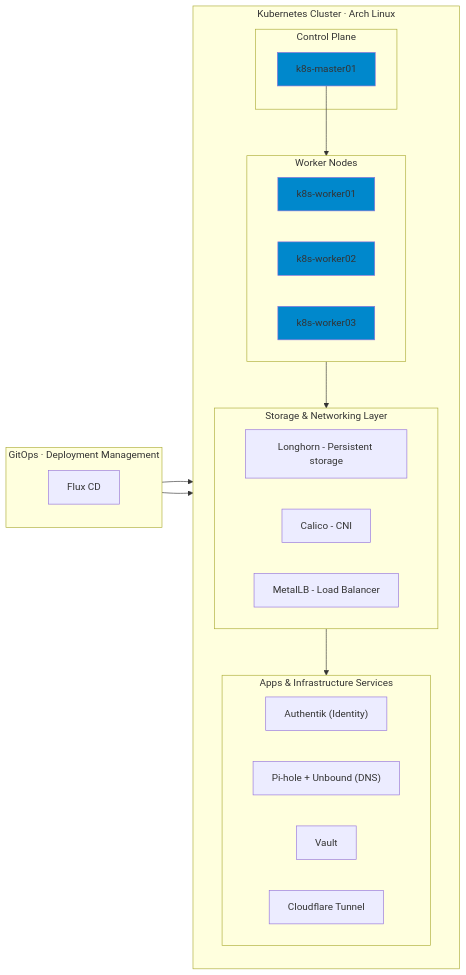
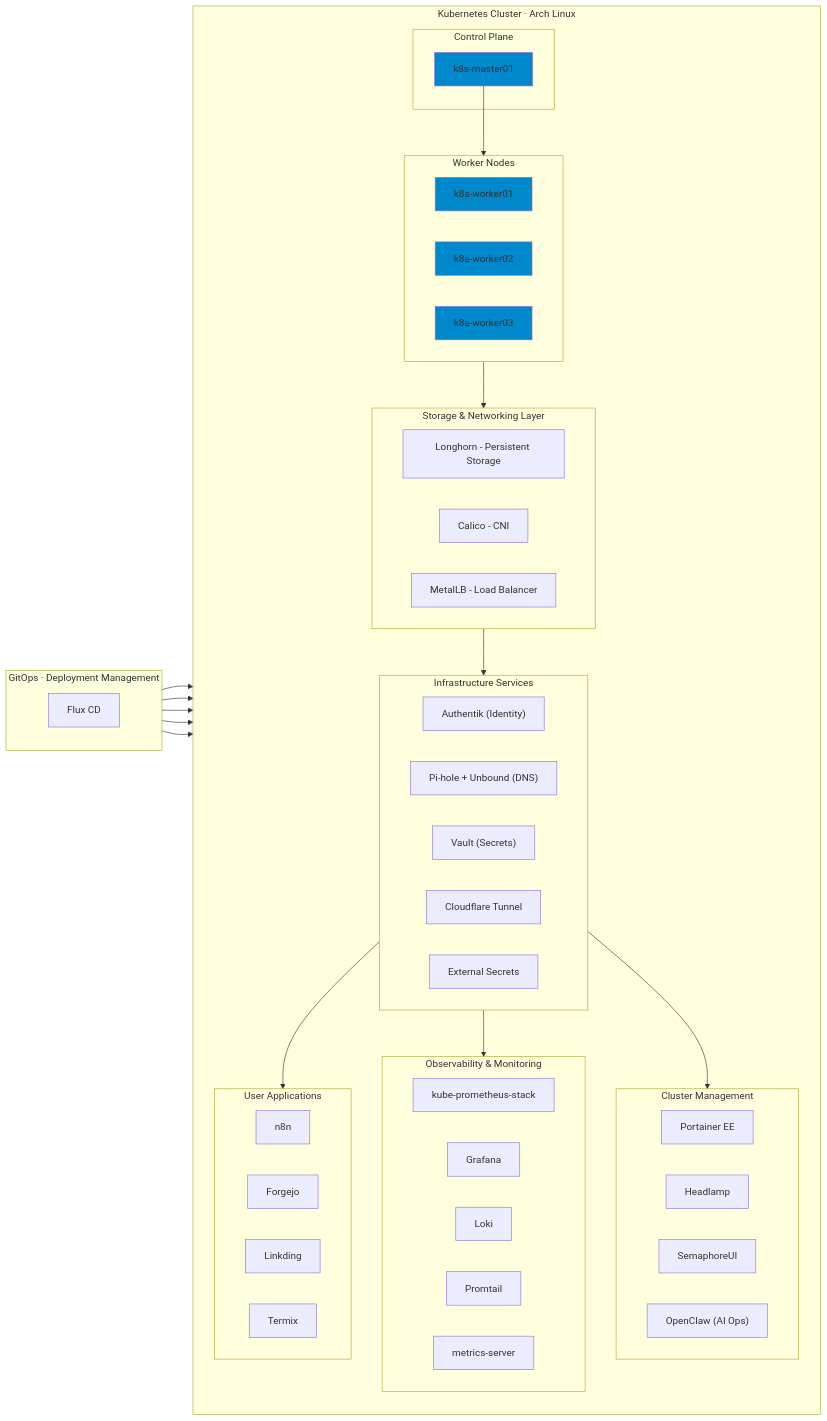
One commit to ivanversluis/homelabs changed the diagram in Readme.md. Above: the diagram before and after it, drawn with Mermaid. The commit also changed other lines of this file, not shown here.

````diff
--- a/Readme.md
+++ b/Readme.md
@@ -4,52 +5,81 @@
 ```mermaid
 ---
 config:
   layout: dagre
   themeVariables:
     primaryColor: '#0088cc'
     edgeLabelBackground: '#f8f8f8'
     tertiaryColor: '#ffffff'
 ---
 flowchart LR
  subgraph ControlPlane["Control Plane"]
         CP["k8s-master01"]
   end
  subgraph Workers["Worker Nodes"]
     direction LR
         W1["k8s-worker01"]
         W2["k8s-worker02"]
         W3["k8s-worker03"]
   end
  subgraph CoreServices["Storage & Networking Layer"]
     direction LR
-        LH["Longhorn - Persistent storage"]
+        LH["Longhorn - Persistent Storage"]
         CL["Calico - CNI"]
         LB["MetalLB - Load Balancer"]
   end
- subgraph Infra["Apps & Infrastructure Services"]
+ subgraph Infra["Infrastructure Services"]
     direction LR
         ID["Authentik (Identity)"]
         DNS["Pi-hole + Unbound (DNS)"]
-        VAULT["Vault"]
+        VAULT["Vault (Secrets)"]
         TUN["Cloudflare Tunnel"]
+        EXT["External Secrets"]
+  end
+ subgraph Observability["Observability & Monitoring"]
+    direction LR
+        PROM["kube-prometheus-stack"]
+        GRAF["Grafana"]
+        LOKI["Loki"]
+        PRTL["Promtail"]
+        MS["metrics-server"]
+  end
+ subgraph Management["Cluster Management"]
+    direction LR
+        PORT["Portainer EE"]
+        HEAD["Headlamp"]
+        SEM["SemaphoreUI"]
+        OC["OpenClaw (AI Ops)"]
+  end
+ subgraph Apps["User Applications"]
+    direction LR
+        N8N["n8n"]
+        FGJ["Forgejo"]
+        LKD["Linkding"]
+        TMX["Termix"]
   end
  subgraph K8S["Kubernetes Cluster · Arch Linux"]
     direction TB
         ControlPlane
         Workers
         CoreServices
         Infra
+        Observability
+        Management
+        Apps
   end
  subgraph GitOps["GitOps · Deployment Management"]
     direction TB
         FLUX["Flux CD"]
   end
     CP --> Workers
     Workers --> CoreServices
-    FLUX --> CoreServices & Infra
+    FLUX --> CoreServices & Infra & Observability & Management & Apps
     CoreServices --> Infra
+    Infra --> Observability
+    Infra --> Management
+    Infra --> Apps
   style CP fill:#0088cc
   style W1 fill:#0088cc
   style W2 fill:#0088cc
   style W3 fill:#0088cc
 ```
````
